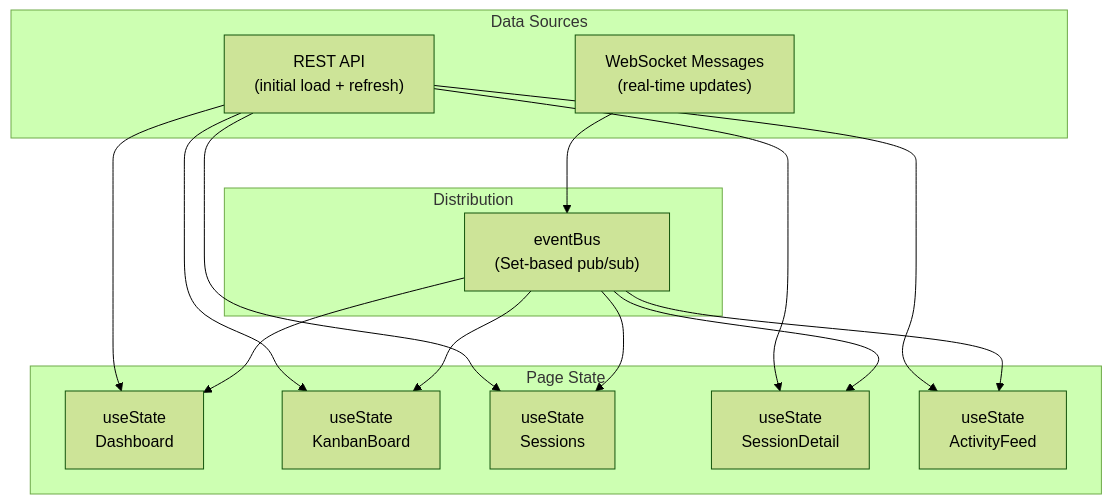
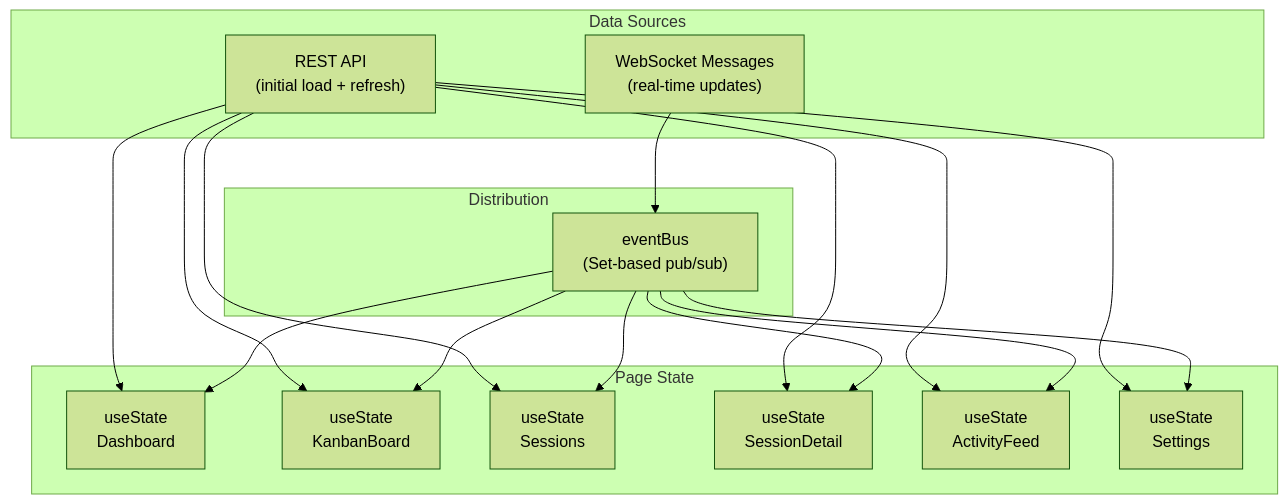
Before and after one commit to mirkanu/gsd-dashboard: diagram 15 of 19 in ARCHITECTURE.md, drawn with Mermaid (forest theme). The commit also changed other lines of this file and 4 other files, not shown here.

````diff
--- a/ARCHITECTURE.md
+++ b/ARCHITECTURE.md
@@ -602,23 +639,24 @@
 ```mermaid
 graph TD
     subgraph "Data Sources"
         REST["REST API<br/>(initial load + refresh)"]
         WSM["WebSocket Messages<br/>(real-time updates)"]
     end
 
     subgraph "Distribution"
         EB["eventBus<br/>(Set-based pub/sub)"]
     end
 
     subgraph "Page State"
         US1["useState<br/>Dashboard"]
         US2["useState<br/>KanbanBoard"]
         US3["useState<br/>Sessions"]
         US4["useState<br/>SessionDetail"]
         US5["useState<br/>ActivityFeed"]
+        US7["useState<br/>Settings"]
     end
 
-    REST --> US1 & US2 & US3 & US4 & US5
+    REST --> US1 & US2 & US3 & US4 & US5 & US7
     WSM --> EB
-    EB --> US1 & US2 & US3 & US4 & US5
+    EB --> US1 & US2 & US3 & US4 & US5 & US7
 ```
````
